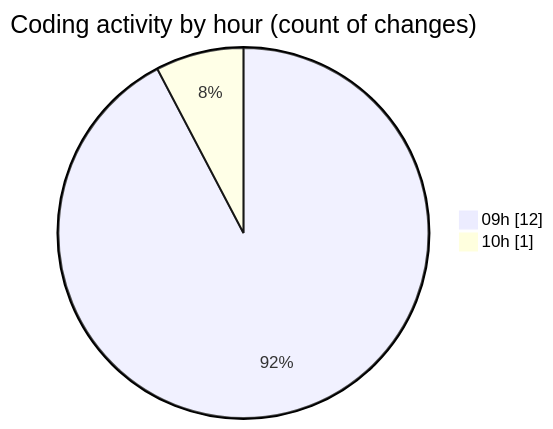
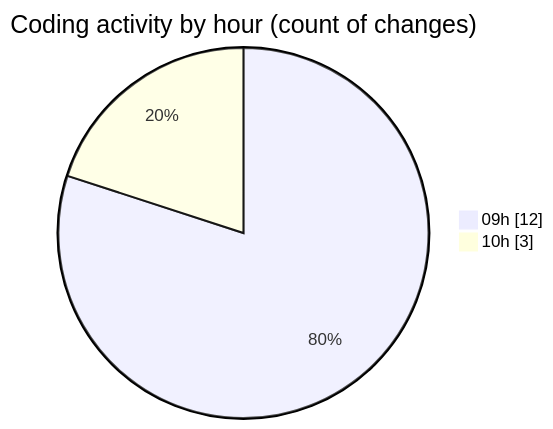
Before and after one commit to MatusMokan/code-tracking: the second of 2 diagrams in 2025-03-08/myws__workspace_/README.md, drawn with Mermaid. The commit also changed other lines of this file and 1 other file, not shown here.

````diff
--- a/2025-03-08/myws__workspace_/README.md
+++ b/2025-03-08/myws__workspace_/README.md
@@ -28,6 +28,6 @@
 ```mermaid
 pie showData
 title Coding activity by hour (count of changes)
 "09h" : 12
-"10h" : 1
+"10h" : 3
 ```
````
